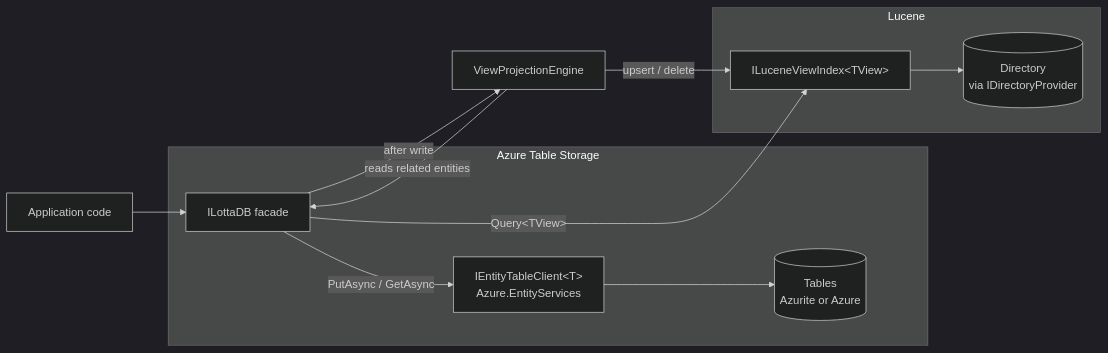
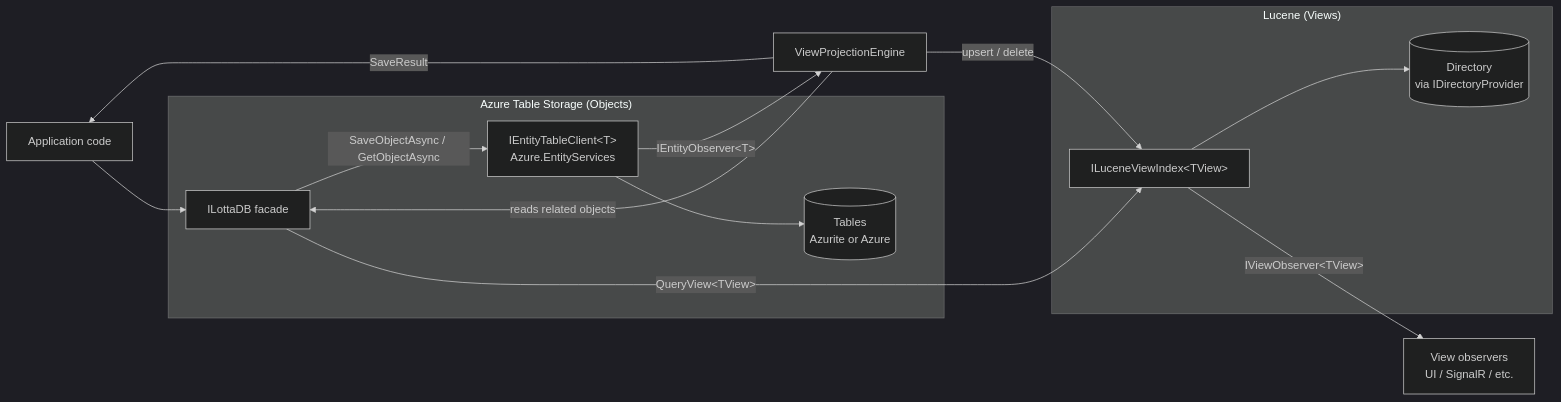
Before and after one commit to tomlm/LottaDB: the first of 2 diagrams in Architecture.md, drawn with Mermaid (dark theme). The commit also changed other lines of this file, not shown here.

First line of the commit message:
Evolve Architecture.md: Object/View API split, observers, IAsyncQueryable

````diff
--- a/Architecture.md
+++ b/Architecture.md
@@ -25,18 +25,21 @@
 ```mermaid
 flowchart LR
     App[Application code] --> Facade[ILottaDB facade]
 
-    subgraph "Azure Table Storage"
-        Facade -->|"PutAsync / GetAsync"| ETC[IEntityTableClient&lt;T&gt;<br/>Azure.EntityServices]
+    subgraph "Azure Table Storage (Objects)"
+        Facade -->|"SaveObjectAsync / GetObjectAsync"| ETC[IEntityTableClient&lt;T&gt;<br/>Azure.EntityServices]
         ETC --> Tables[(Tables<br/>Azurite or Azure)]
     end
 
-    Facade -->|"after write"| Engine[ViewProjectionEngine]
-    Engine -->|"reads related entities"| Facade
+    ETC -->|"IEntityObserver&lt;T&gt;"| Engine[ViewProjectionEngine]
+    Engine -->|"reads related objects"| Facade
     Engine -->|"upsert / delete"| Index
 
-    subgraph "Lucene"
-        Facade -->|"Query&lt;TView&gt;"| Index[ILuceneViewIndex&lt;TView&gt;]
+    subgraph "Lucene (Views)"
+        Facade -->|"QueryView&lt;TView&gt;"| Index[ILuceneViewIndex&lt;TView&gt;]
         Index --> Dir[(Directory<br/>via IDirectoryProvider)]
     end
+
+    Index -->|"IViewObserver&lt;TView&gt;"| Observers[View observers<br/>UI / SignalR / etc.]
+    Engine -->|"SaveResult"| App
 ```
````
